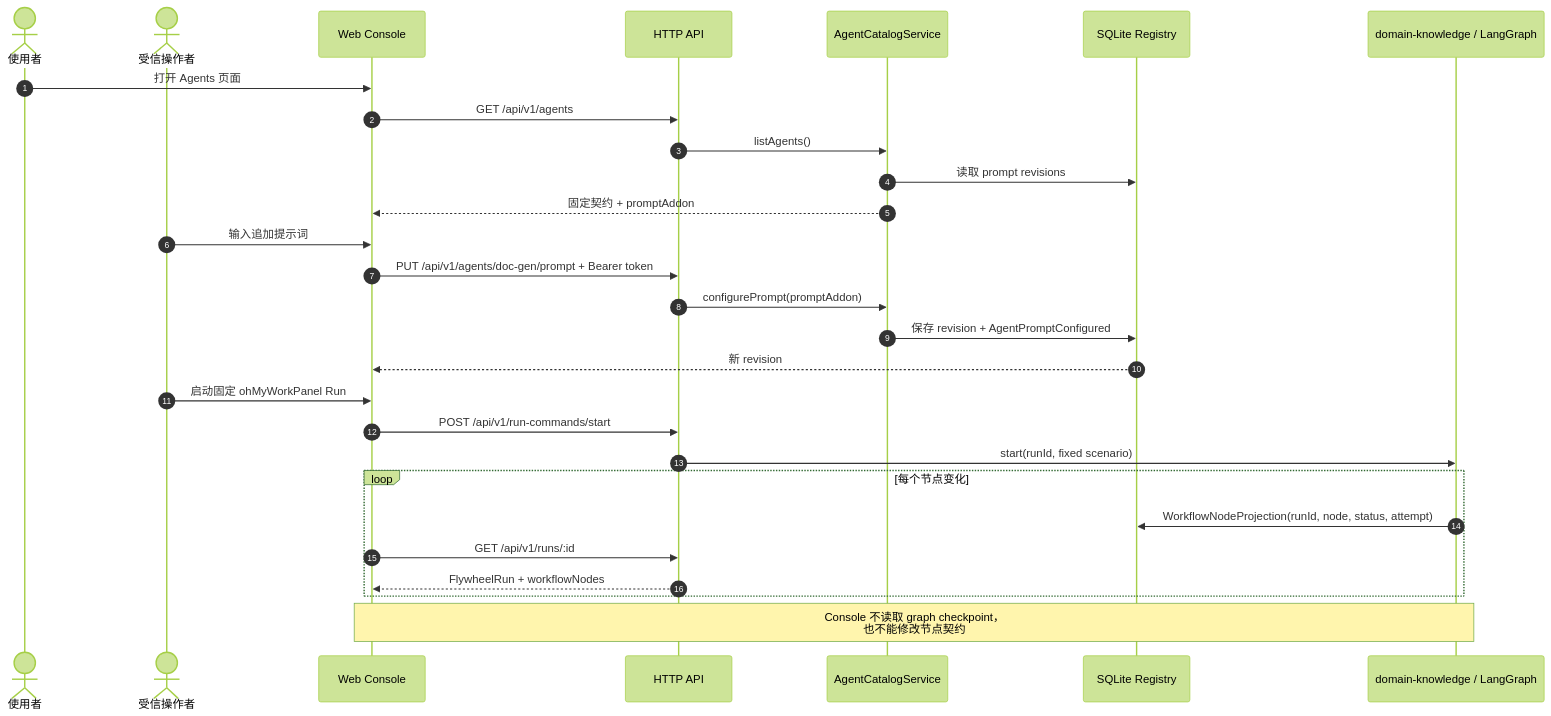
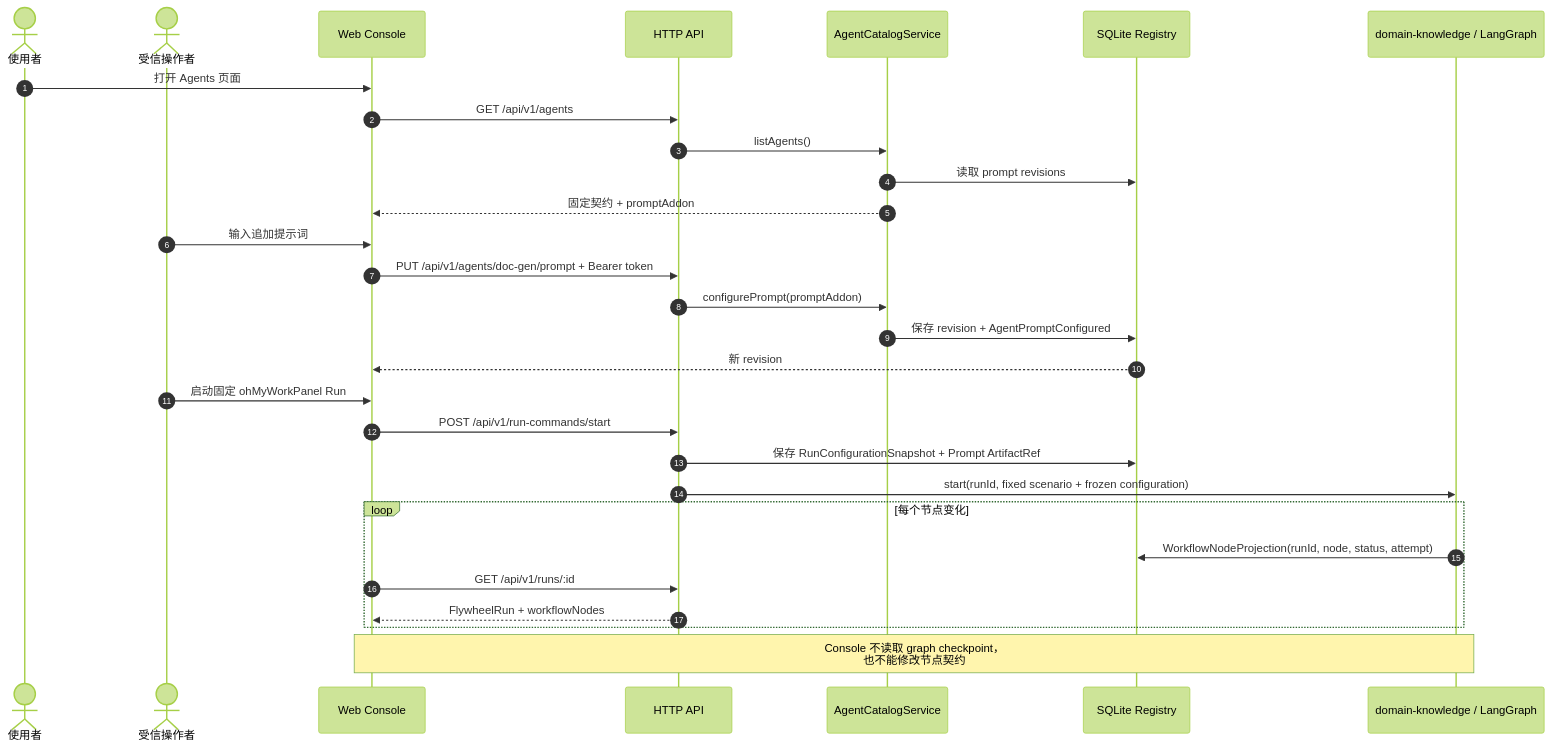
Before and after one commit to linlisWorkTeam/domain-knowledge: the sixth of 6 diagrams in specs/05-workflows/user-use-cases.md, drawn with Mermaid (forest theme). The commit also changed 15 other files, not shown here.

Commit message:
feat: freeze agent configuration per run

````diff
--- a/specs/05-workflows/user-use-cases.md
+++ b/specs/05-workflows/user-use-cases.md
@@ -341,33 +341,34 @@
 ```mermaid
 sequenceDiagram
     autonumber
     actor User as 使用者
     actor Operator as 受信操作者
     participant Console as Web Console
     participant API as HTTP API
     participant Catalog as AgentCatalogService
     participant Registry as SQLite Registry
     participant Graph as domain-knowledge / LangGraph
 
     User->>Console: 打开 Agents 页面
     Console->>API: GET /api/v1/agents
     API->>Catalog: listAgents()
     Catalog->>Registry: 读取 prompt revisions
     Catalog-->>Console: 固定契约 + promptAddon
 
     Operator->>Console: 输入追加提示词
     Console->>API: PUT /api/v1/agents/doc-gen/prompt + Bearer token
     API->>Catalog: configurePrompt(promptAddon)
     Catalog->>Registry: 保存 revision + AgentPromptConfigured
     Registry-->>Console: 新 revision
 
     Operator->>Console: 启动固定 ohMyWorkPanel Run
     Console->>API: POST /api/v1/run-commands/start
-    API->>Graph: start(runId, fixed scenario)
+    API->>Registry: 保存 RunConfigurationSnapshot + Prompt ArtifactRef
+    API->>Graph: start(runId, fixed scenario + frozen configuration)
     loop 每个节点变化
         Graph->>Registry: WorkflowNodeProjection(runId, node, status, attempt)
         Console->>API: GET /api/v1/runs/:id
         API-->>Console: FlywheelRun + workflowNodes
     end
     Note over Console,Graph: Console 不读取 graph checkpoint，<br/>也不能修改节点契约
 ```
````
